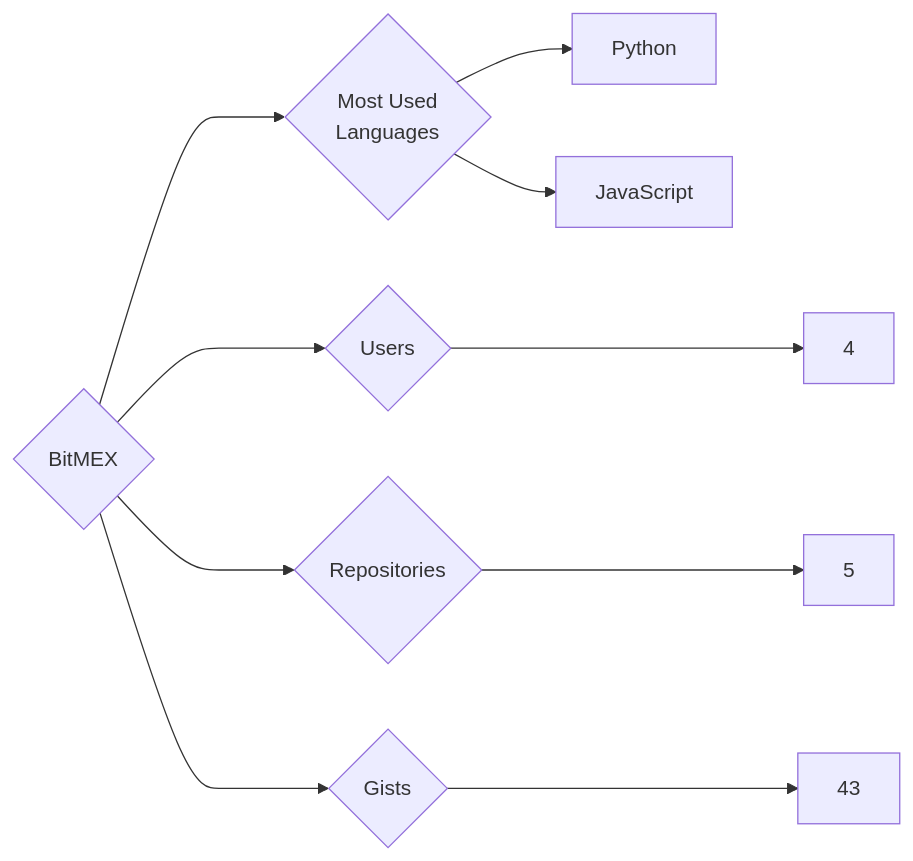
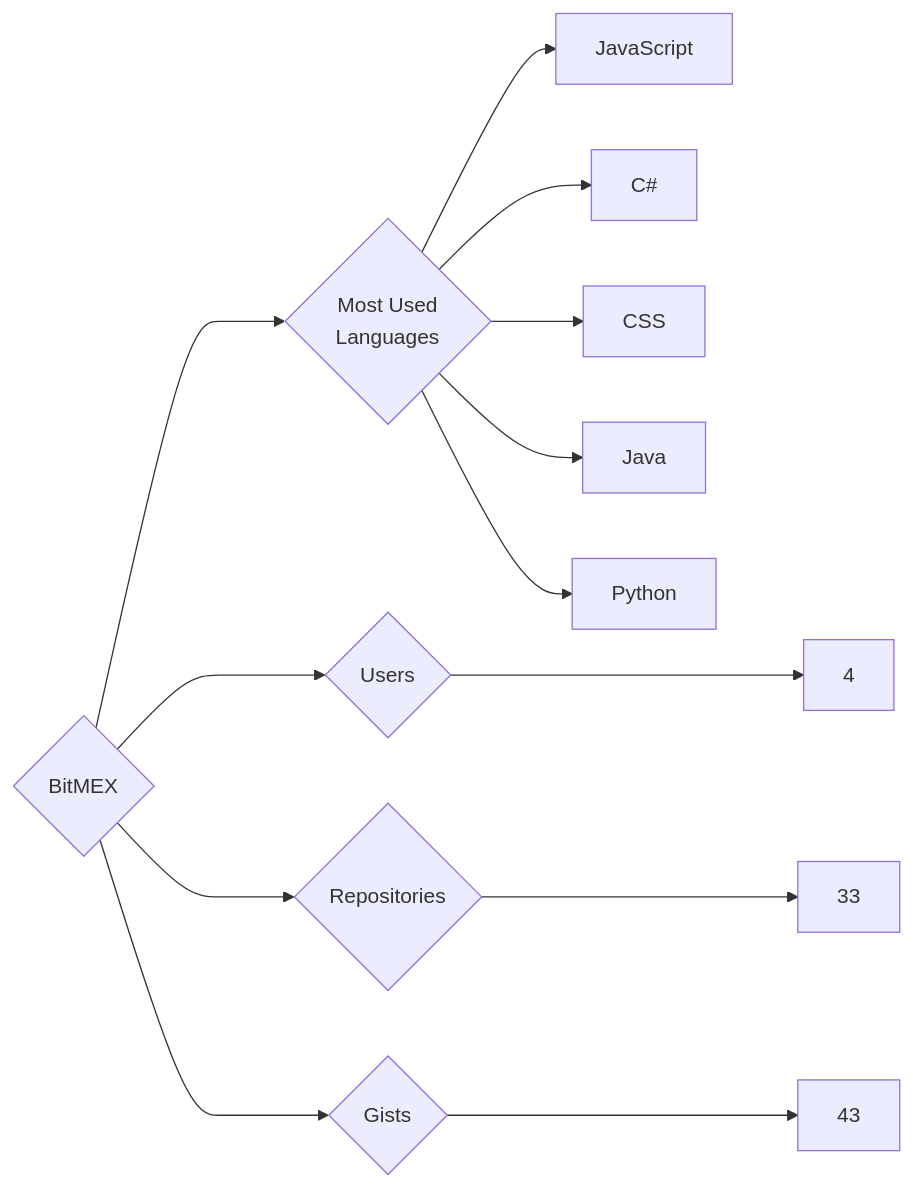
One commit to trickest/insiders changed the diagram in targets/BitMEX/README.md. Above: the diagram before and after it, drawn with Mermaid. The commit also changed 718 other files, not shown here.

````diff
--- a/targets/BitMEX/README.md
+++ b/targets/BitMEX/README.md
@@ -3,10 +3,13 @@
 ```mermaid
 graph LR
 COMPANY_NAME{BitMEX}
 COMPANY_NAME ---> U{Users} ---> UN[4]
-COMPANY_NAME ---> R{Repositories} ---> RN[5]
+COMPANY_NAME ---> R{Repositories} ---> RN[33]
 COMPANY_NAME ---> G{Gists} ---> GN[43]
 COMPANY_NAME ---> ML{Most Used<br>Languages}
+ML --> JavaScript[JavaScript]
+ML --> C#[C#]
+ML --> CSS[CSS]
+ML --> Java[Java]
 ML --> Python[Python]
-ML --> JavaScript[JavaScript]
 ```
````
